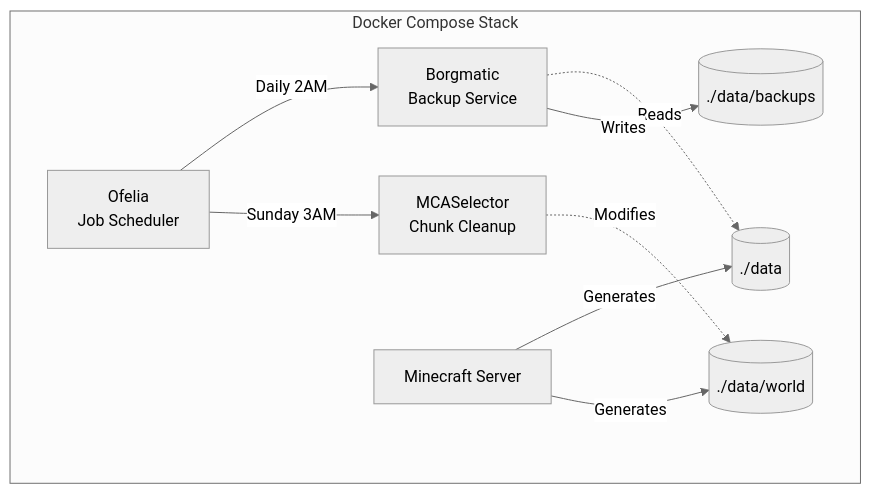
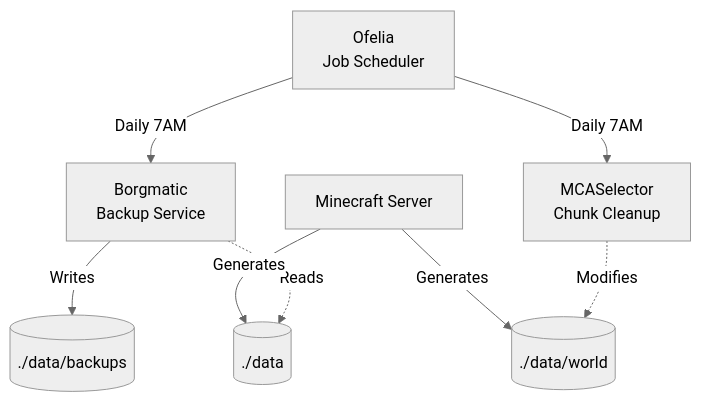
One commit to AbbyNode/minecraft-modpack-docker changed the diagram in docs/ARCHITECTURE.md. Above: the diagram before and after it, drawn with Mermaid (neutral theme). The commit also changed other lines of this file and 2 other files, not shown here.

````diff
--- a/docs/ARCHITECTURE.md
+++ b/docs/ARCHITECTURE.md
@@ -5,19 +5,17 @@
 ```mermaid
 graph TB
-    subgraph "Docker Compose Stack"
-        Ofelia[Ofelia<br/>Job Scheduler]
-        Borgmatic[Borgmatic<br/>Backup Service]
-        MCASelector[MCASelector<br/>Chunk Cleanup]
-        Minecraft[Minecraft Server]
-        
-        Ofelia -->|Daily 2AM| Borgmatic
-        Ofelia -->|Sunday 3AM| MCASelector
-        
-        Borgmatic -.->|Reads| Data[(./data)]
-        MCASelector -.->|Modifies| World[(./data/world)]
-        Minecraft -->|Generates| Data
-        Minecraft -->|Generates| World
-        
-        Borgmatic -->|Writes| Backups[(./data/backups)]
-    end
+    Ofelia[Ofelia<br/>Job Scheduler]
+    Borgmatic[Borgmatic<br/>Backup Service]
+    MCASelector[MCASelector<br/>Chunk Cleanup]
+    Minecraft[Minecraft Server]
+    
+    Ofelia -->|Daily 7AM| Borgmatic
+    Ofelia -->|Daily 7AM| MCASelector
+    
+    Borgmatic -.->|Reads| Data[(./data)]
+    MCASelector -.->|Modifies| World[(./data/world)]
+    Minecraft -->|Generates| Data
+    Minecraft -->|Generates| World
+    
+    Borgmatic -->|Writes| Backups[(./data/backups)]
 ```
````
